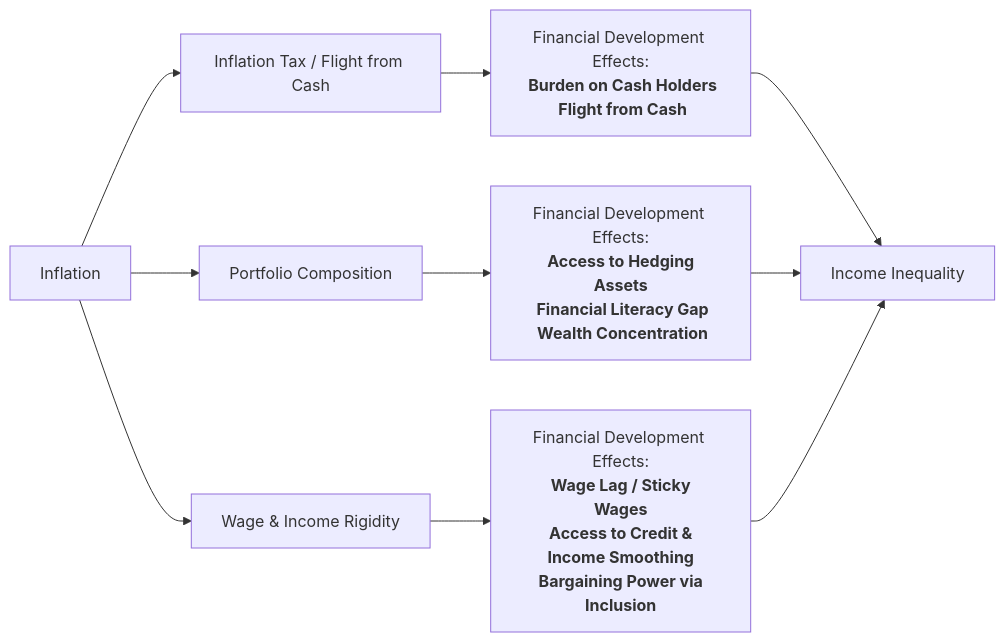
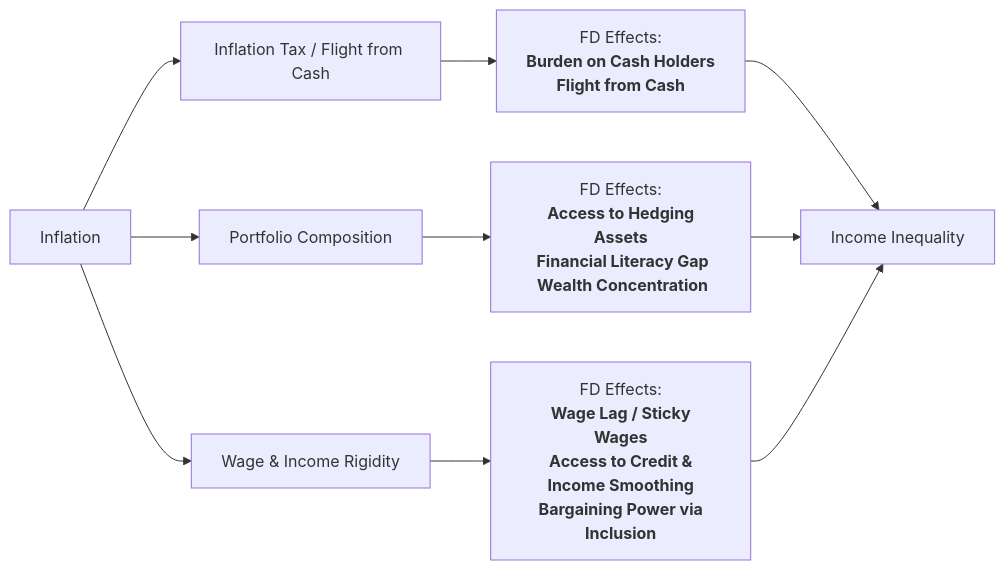
Before and after one commit to Aboutorabi/FD-Inq-Inf.md: the diagram in FD-Inq&Inf.md, drawn with Mermaid.

````diff
--- a/FD-Inq&Inf.md
+++ b/FD-Inq&Inf.md
@@ -1,20 +1,20 @@
 ```mermaid
 flowchart LR
     F["Inflation"]
 
     %% Channels
     A["Inflation Tax / Flight from Cash"]
     B["Portfolio Composition"]
     C["Wage & Income Rigidity"]
 
     %% Financial Development Effects (multiline, single line per item)
-    A_sub["Financial Development Effects:<b></br> Burden on Cash Holders</br> Flight from Cash"]
-    B_sub["Financial Development Effects:<b></br> Access to Hedging Assets</br> Financial Literacy Gap</br> Wealth Concentration"]
-    C_sub["Financial Development Effects:<b></br> Wage Lag / Sticky Wages</br> Access to Credit & Income Smoothing</br> Bargaining Power via Inclusion"]
+    A_sub["FD Effects:<b></br> Burden on Cash Holders</br> Flight from Cash"]
+    B_sub["FD Effects:<b></br> Access to Hedging Assets</br> Financial Literacy Gap</br> Wealth Concentration"]
+    C_sub["FD Effects:<b></br> Wage Lag / Sticky Wages</br> Access to Credit & Income Smoothing</br> Bargaining Power via Inclusion"]
 
     %% Flow connections
     F --> A --> A_sub --> G["Income Inequality"]
     F --> B --> B_sub --> G
     F --> C --> C_sub --> G
 
 ```
````
